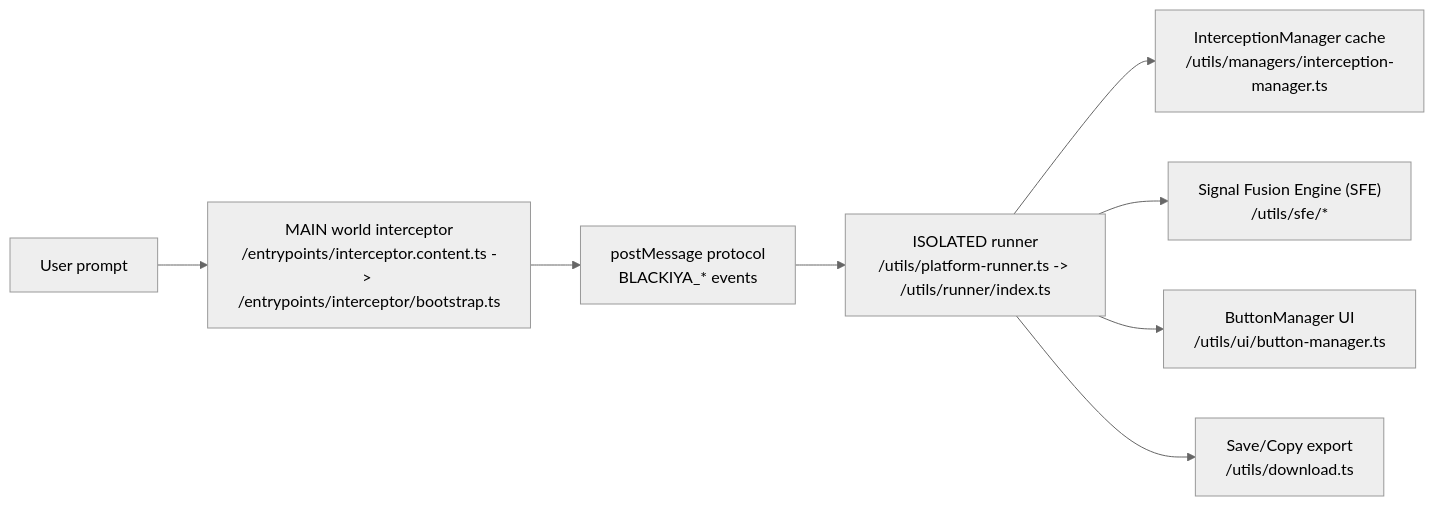
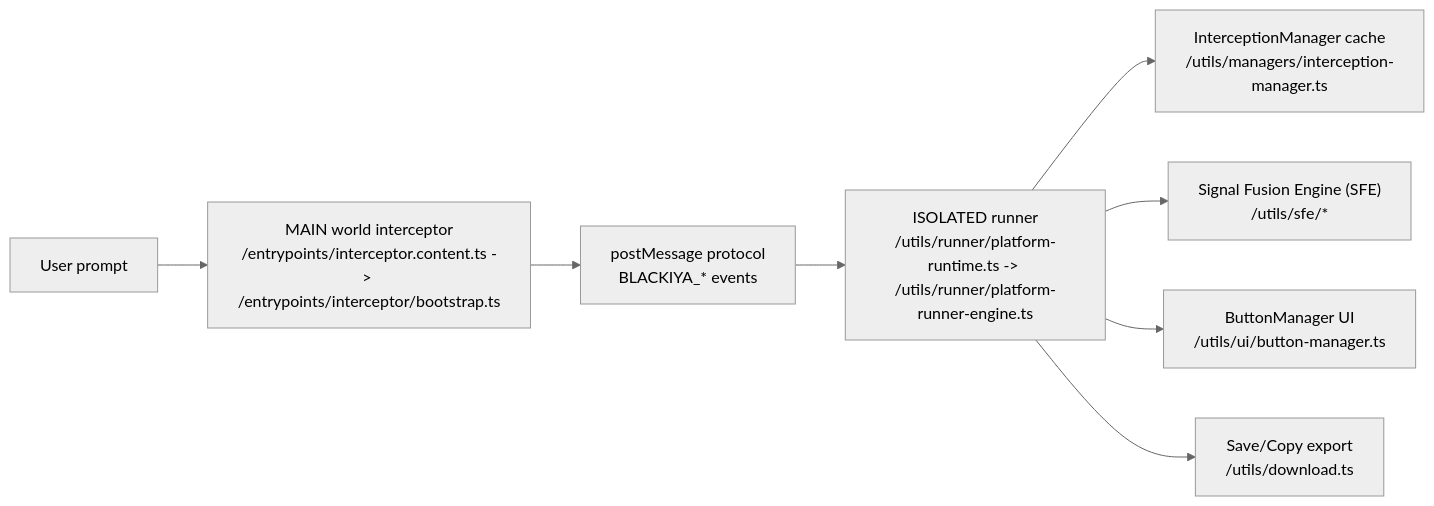
Before and after one commit to ragaeeb/blackiya: the first of 2 diagrams in docs/architecture.md, drawn with Mermaid (neutral theme). The commit also changed other lines of this file and 240 other files, not shown here.

````diff
--- a/docs/architecture.md
+++ b/docs/architecture.md
@@ -17,10 +17,10 @@
 ```mermaid
 flowchart LR
     A["User prompt"] --> B["MAIN world interceptor\n/entrypoints/interceptor.content.ts -> /entrypoints/interceptor/bootstrap.ts"]
     B --> C["postMessage protocol\nBLACKIYA_* events"]
-    C --> D["ISOLATED runner\n/utils/platform-runner.ts -> /utils/runner/index.ts"]
+    C --> D["ISOLATED runner\n/utils/runner/platform-runtime.ts -> /utils/runner/platform-runner-engine.ts"]
     D --> E["InterceptionManager cache\n/utils/managers/interception-manager.ts"]
     D --> F["Signal Fusion Engine (SFE)\n/utils/sfe/*"]
     D --> G["ButtonManager UI\n/utils/ui/button-manager.ts"]
     D --> H["Save/Copy export\n/utils/download.ts"]
 ```
````
